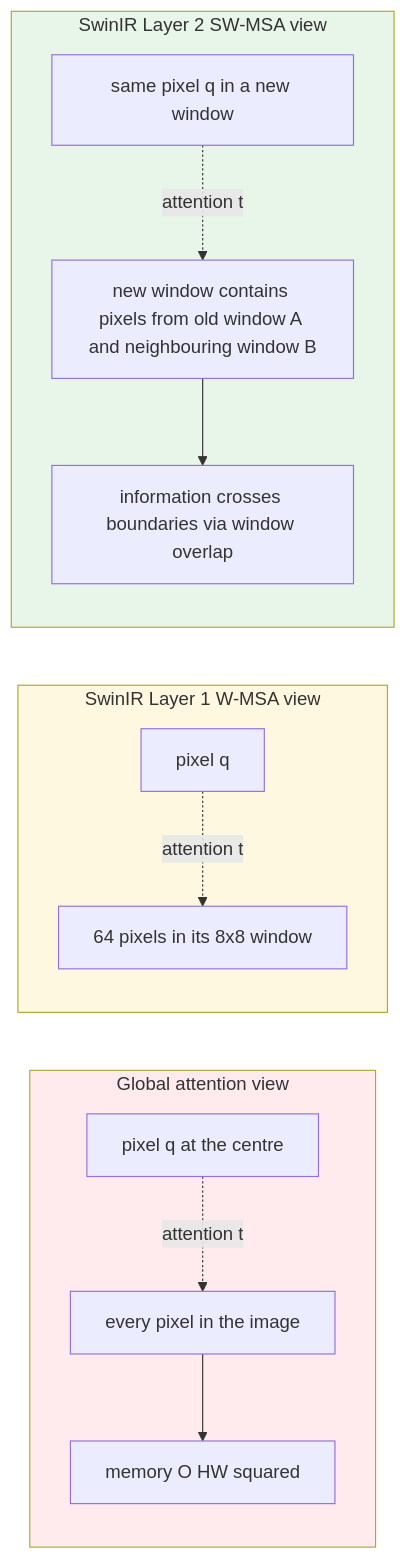
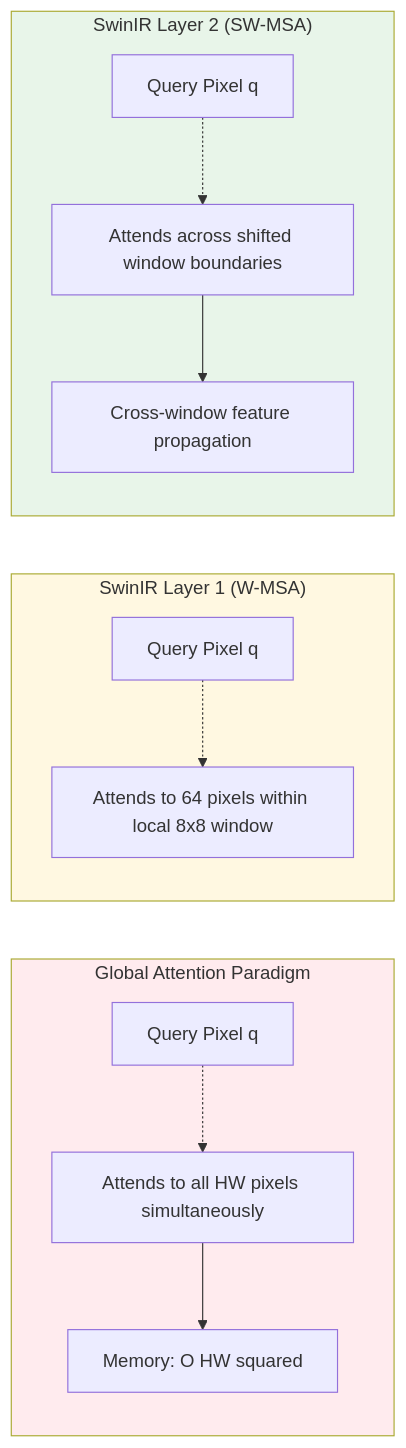
Before and after one commit to yingwang/image-enhancement-guide: the second of 3 diagrams in en/chapters/07-transformer.md, drawn with Mermaid. The commit also changed other lines of this file and 18 other files, not shown here.

````diff
--- a/en/chapters/07-transformer.md
+++ b/en/chapters/07-transformer.md
@@ -153,20 +85,20 @@
 ```mermaid
 graph LR
-    subgraph FullView["Global attention view"]
-        F1[pixel q at the centre] -.attention to.-> F2[every pixel in the image]
-        F2 --> Fbad[memory O HW squared]
+    subgraph FullView["Global Attention Paradigm"]
+        F1[Query Pixel q] -.-> F2[Attends to all HW pixels simultaneously]
+        F2 --> Fbad[Memory: O HW squared]
     end
 
-    subgraph L1View["SwinIR Layer 1 W-MSA view"]
-        L1q[pixel q] -.attention to.-> L1w[64 pixels in its 8x8 window]
+    subgraph L1View["SwinIR Layer 1 (W-MSA)"]
+        L1q[Query Pixel q] -.-> L1w[Attends to 64 pixels within local 8x8 window]
     end
 
-    subgraph L2View["SwinIR Layer 2 SW-MSA view"]
-        L2q[same pixel q in a new window] -.attention to.-> L2w[new window contains pixels from old window A and neighbouring window B]
-        L2w --> L2info[information crosses boundaries via window overlap]
+    subgraph L2View["SwinIR Layer 2 (SW-MSA)"]
+        L2q[Query Pixel q] -.-> L2w[Attends across shifted window boundaries]
+        L2w --> L2info[Cross-window feature propagation]
     end
 
     style FullView fill:#ffebee
     style L1View fill:#fff8e1
     style L2View fill:#e8f5e9
 ```
````
